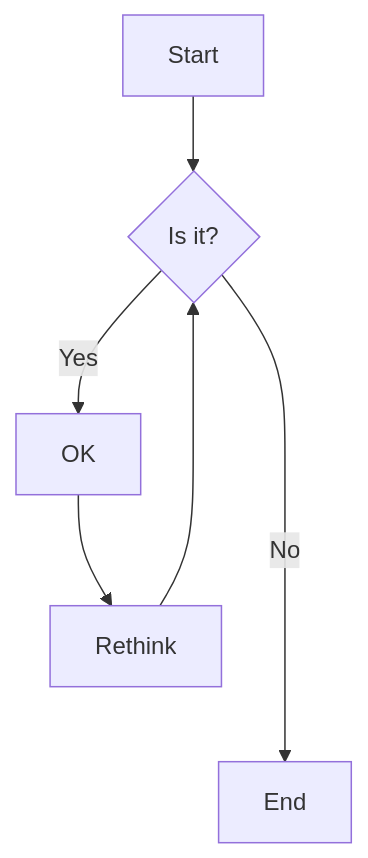
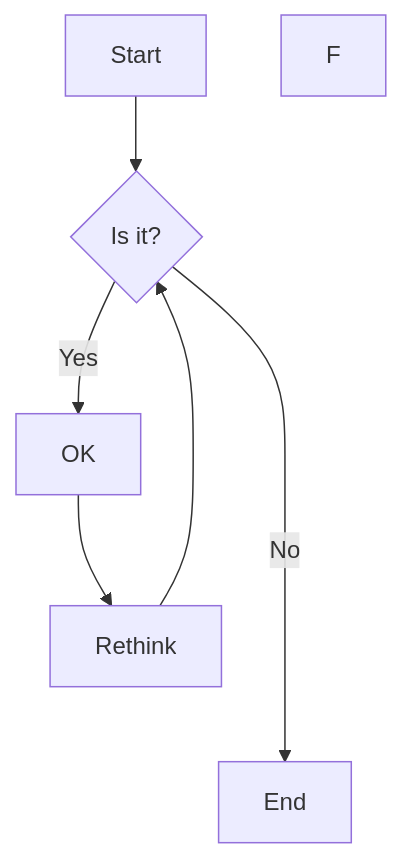
Before and after one commit to oleskrede/aksjesimulator: the diagram in docs/mermaid/overview.mmd, drawn with Mermaid.

Commit message:
trigger action

```diff
--- a/docs/mermaid/overview.mmd
+++ b/docs/mermaid/overview.mmd
@@ -1,6 +1,7 @@
 graph TD
     A[Start] --> B{Is it?};
     B -->|Yes| C[OK];
     C --> D[Rethink];
     D --> B;
     B ---->|No| E[End];
+    F
```
